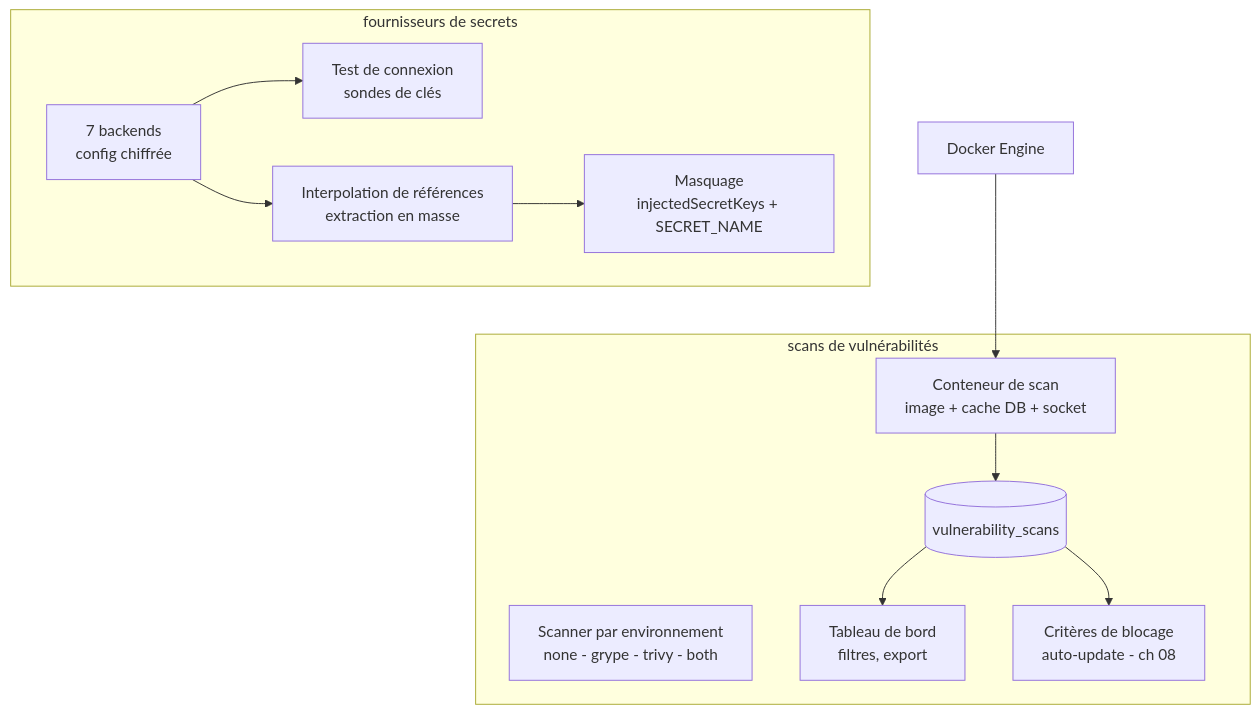
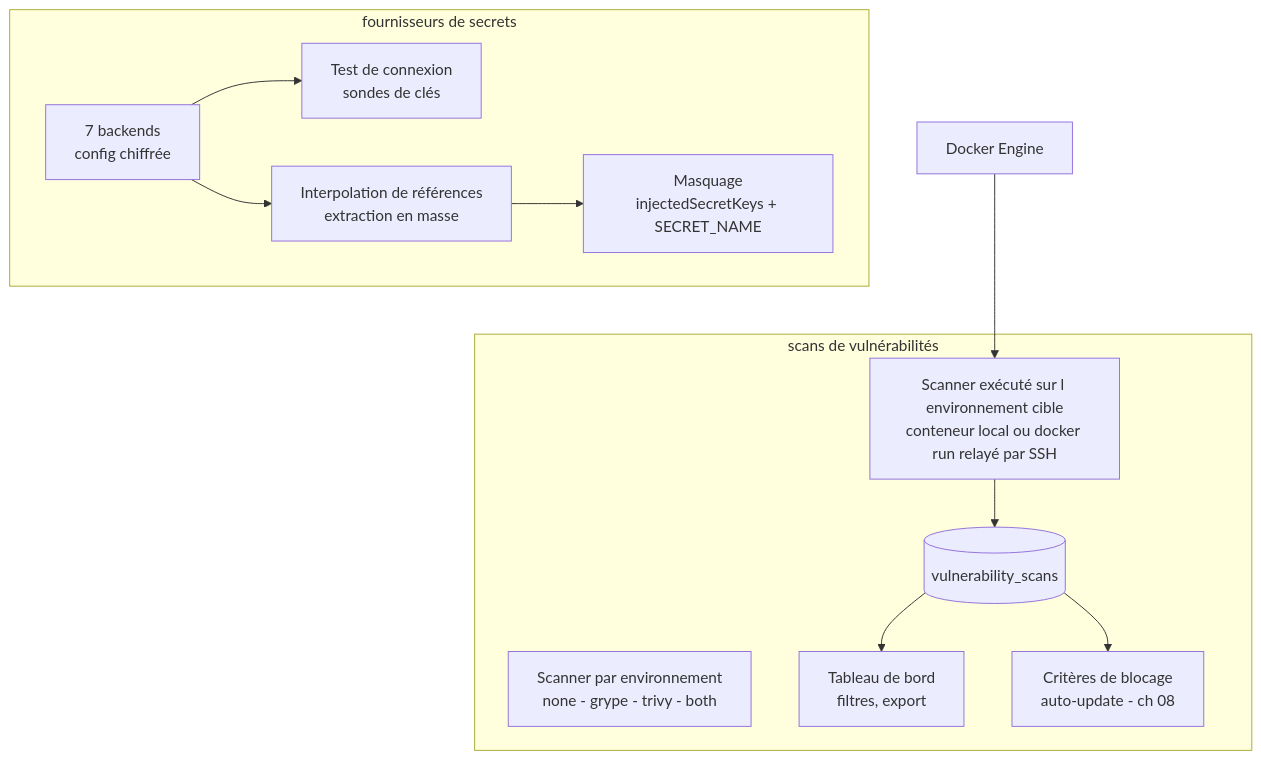
The diagram in docs/spec_dockhand_reference/10-securite-applicative.md (stefapi/windflow), drawn with Mermaid before and after one commit. The commit also changed other lines of this file and 15 other files, not shown here.

````diff
--- a/docs/spec_dockhand_reference/10-securite-applicative.md
+++ b/docs/spec_dockhand_reference/10-securite-applicative.md
@@ -46,23 +42,23 @@
 ```mermaid
 flowchart TB
     subgraph Scans[ scans de vulnérabilités ]
         CFG[Scanner par environnement<br/>none - grype - trivy - both]
-        RUN[Conteneur de scan<br/>image + cache DB + socket]
+        RUN[Scanner exécuté sur l environnement cible<br/>conteneur local ou docker run relayé par SSH]
         STORE[(vulnerability_scans)]
         DASH[Tableau de bord<br/>filtres, export]
         BLOCK[Critères de blocage<br/>auto-update - ch 08]
     end
 
     subgraph Secrets[ fournisseurs de secrets ]
         PROV[7 backends<br/>config chiffrée]
         TEST[Test de connexion<br/>sondes de clés]
         RES[Interpolation de références<br/>extraction en masse]
         MASK[Masquage<br/>injectedSecretKeys + SECRET_NAME]
     end
 
     D[Docker Engine] --> RUN
     RUN --> STORE --> DASH
     STORE --> BLOCK
     PROV --> TEST
     PROV --> RES --> MASK
 ```
````
